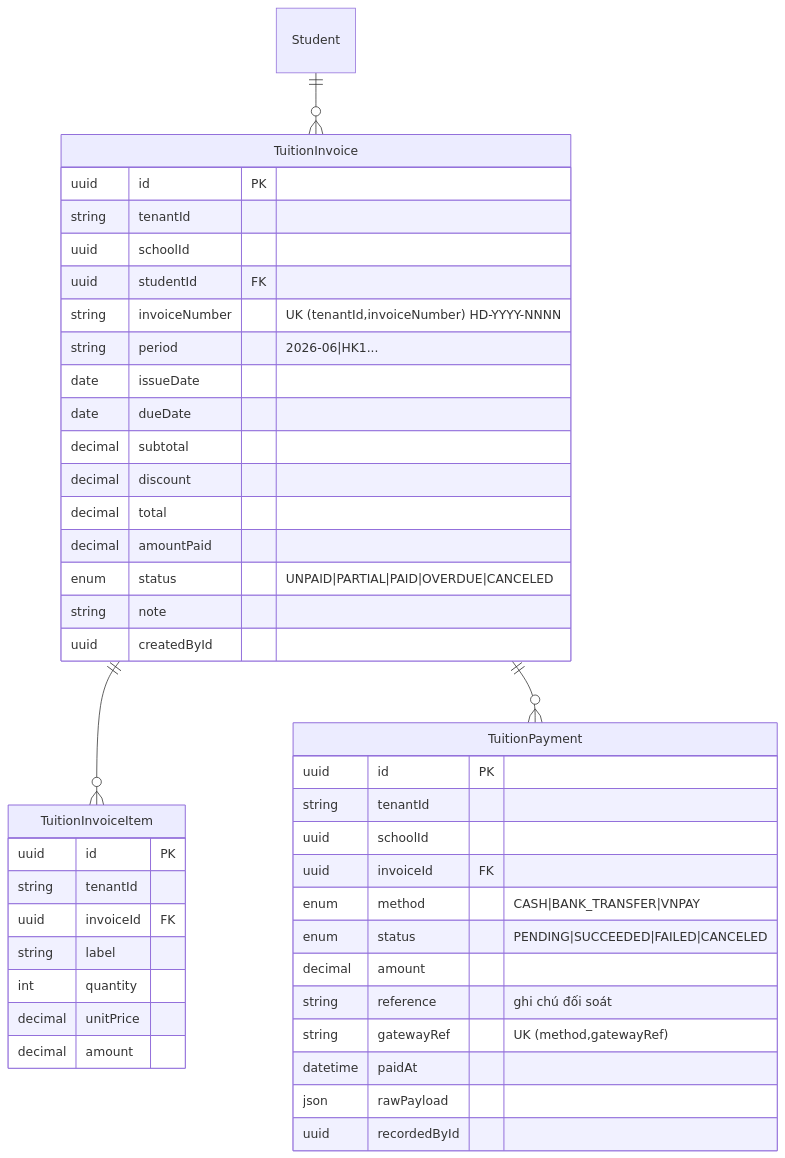
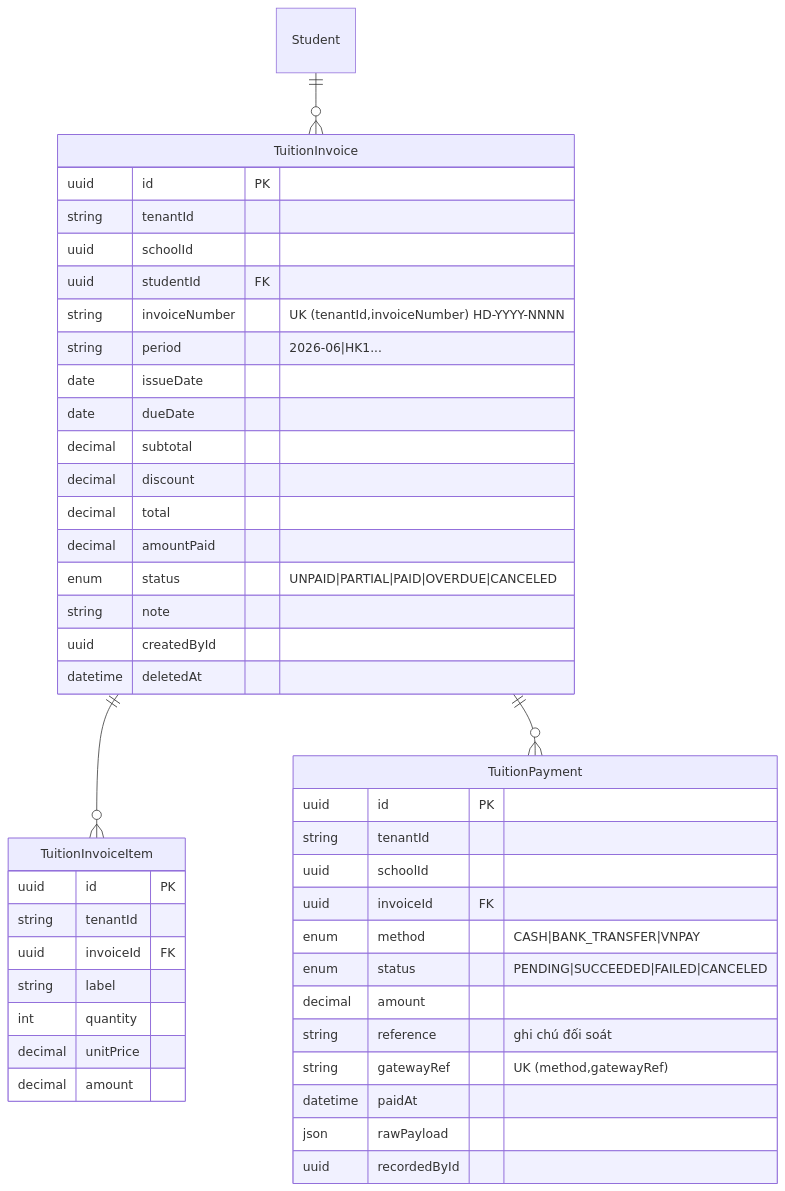
One commit to thanhquing/kimthanh-kids changed the sixth of 8 diagrams in kids-documentation/DATABASE_ERD.md. Above: the diagram before and after it, drawn with Mermaid. The commit also changed other lines of this file and 19 other files, not shown here.

Commit message:
feat(schema-freeze): BL-052→056 retention/timestamptz/invoice-counter/prod-guards + review fixes + bảng backlog (e2e 181/21 xanh)

````diff
--- a/kids-documentation/DATABASE_ERD.md
+++ b/kids-documentation/DATABASE_ERD.md
@@ -530,47 +535,48 @@
 ```mermaid
 erDiagram
   Student ||--o{ TuitionInvoice : ""
   TuitionInvoice ||--o{ TuitionInvoiceItem : ""
   TuitionInvoice ||--o{ TuitionPayment : ""
 
   TuitionInvoice {
     uuid id PK
     string tenantId
     uuid schoolId
     uuid studentId FK
     string invoiceNumber "UK (tenantId,invoiceNumber) HD-YYYY-NNNN"
     string period "2026-06|HK1..."
     date issueDate
     date dueDate
     decimal subtotal
     decimal discount
     decimal total
     decimal amountPaid
     enum status "UNPAID|PARTIAL|PAID|OVERDUE|CANCELED"
     string note
     uuid createdById
+    datetime deletedAt
   }
   TuitionInvoiceItem {
     uuid id PK
     string tenantId
     uuid invoiceId FK
     string label
     int quantity
     decimal unitPrice
     decimal amount
   }
   TuitionPayment {
     uuid id PK
     string tenantId
     uuid schoolId
     uuid invoiceId FK
     enum method "CASH|BANK_TRANSFER|VNPAY"
     enum status "PENDING|SUCCEEDED|FAILED|CANCELED"
     decimal amount
     string reference "ghi chú đối soát"
     string gatewayRef "UK (method,gatewayRef)"
     datetime paidAt
     json rawPayload
     uuid recordedById
   }
 ```
````
